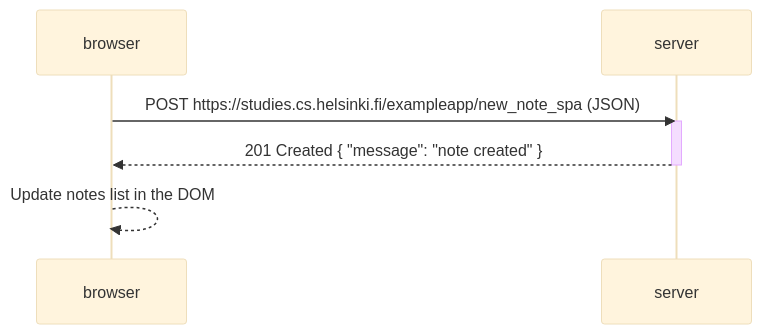
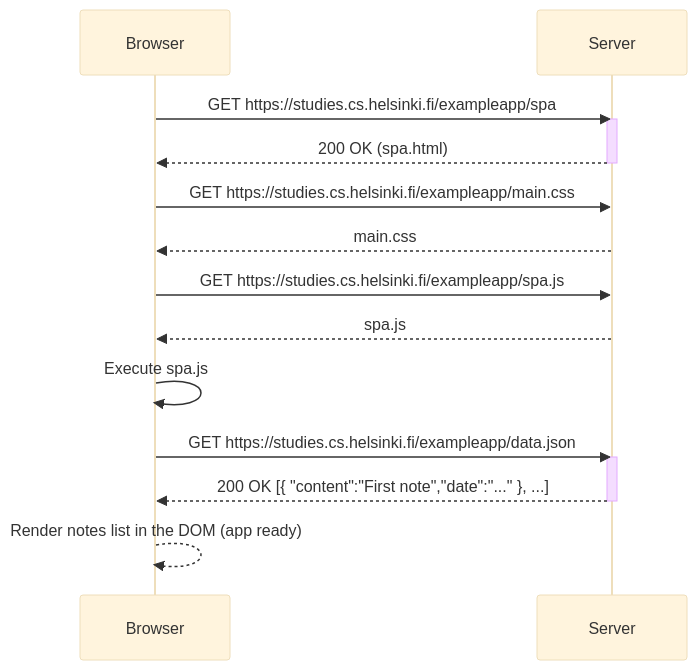
Before and after one commit to L1NC5/full-stack-open: the diagram in part0/0.5_spa_diagram.md, drawn with Mermaid (base theme). The commit also changed other lines of this file and 2 other files, not shown here.

Commit message:
feat(part0): create spa initial load diagram

````diff
--- a/part0/0.5_spa_diagram.md
+++ b/part0/0.5_spa_diagram.md
@@ -5,12 +5,25 @@
 ```mermaid
-  sequenceDiagram
-      participant browser
-      participant server
+    sequenceDiagram
+        participant Browser
+        participant Server
 
-      browser->>server: POST https://studies.cs.helsinki.fi/exampleapp/new_note_spa (JSON)
-      activate server
-      server-->>browser: 201 Created { "message": "note created" }
-      deactivate server
+        Browser->>Server: GET https://studies.cs.helsinki.fi/exampleapp/spa
+        activate Server
+        Server-->>Browser: 200 OK (spa.html)
+        deactivate Server
 
-      browser-->>browser: Update notes list in the DOM
+        Browser->>Server: GET https://studies.cs.helsinki.fi/exampleapp/main.css
+        Server-->>Browser: main.css
+
+        Browser->>Server: GET https://studies.cs.helsinki.fi/exampleapp/spa.js
+        Server-->>Browser: spa.js
+
+        Browser->>Browser: Execute spa.js
+
+        Browser->>Server: GET https://studies.cs.helsinki.fi/exampleapp/data.json
+        activate Server
+        Server-->>Browser: 200 OK [{ "content":"First note","date":"..." }, ...]
+        deactivate Server
+
+        Browser-->>Browser: Render notes list in the DOM (app ready)
 ```
````
